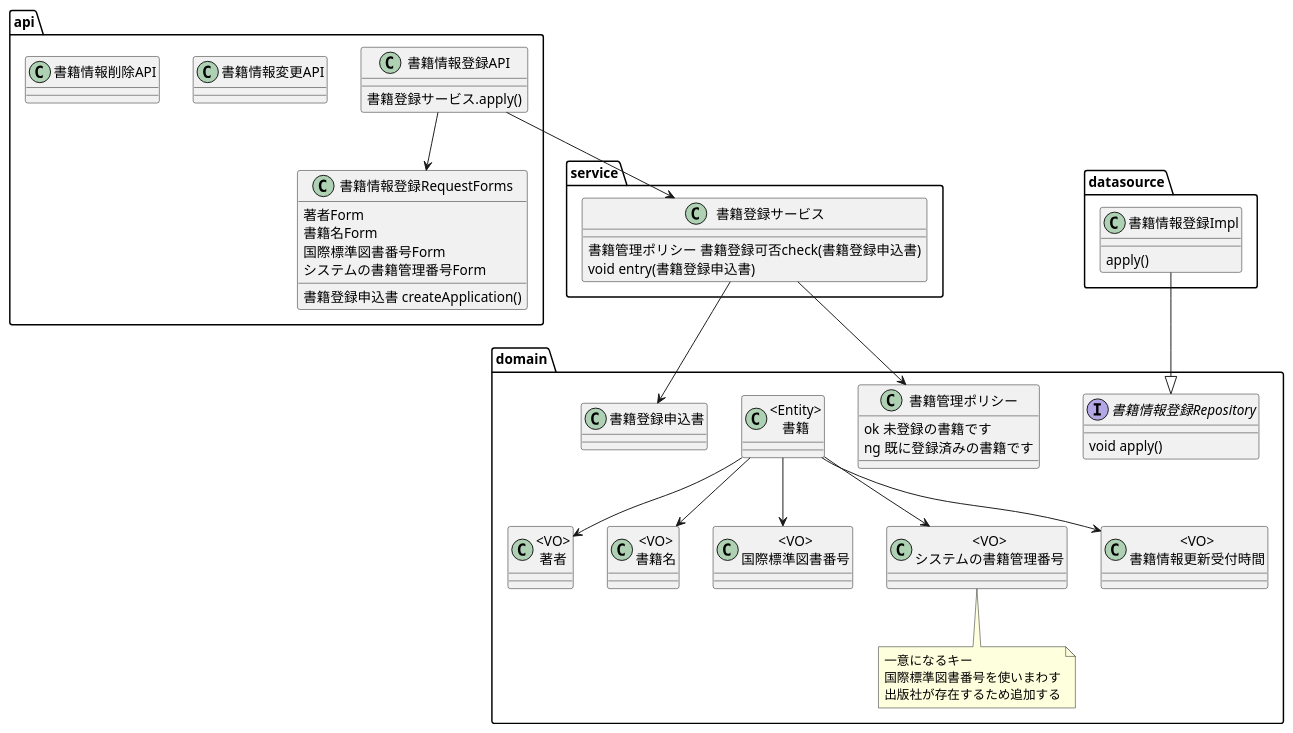
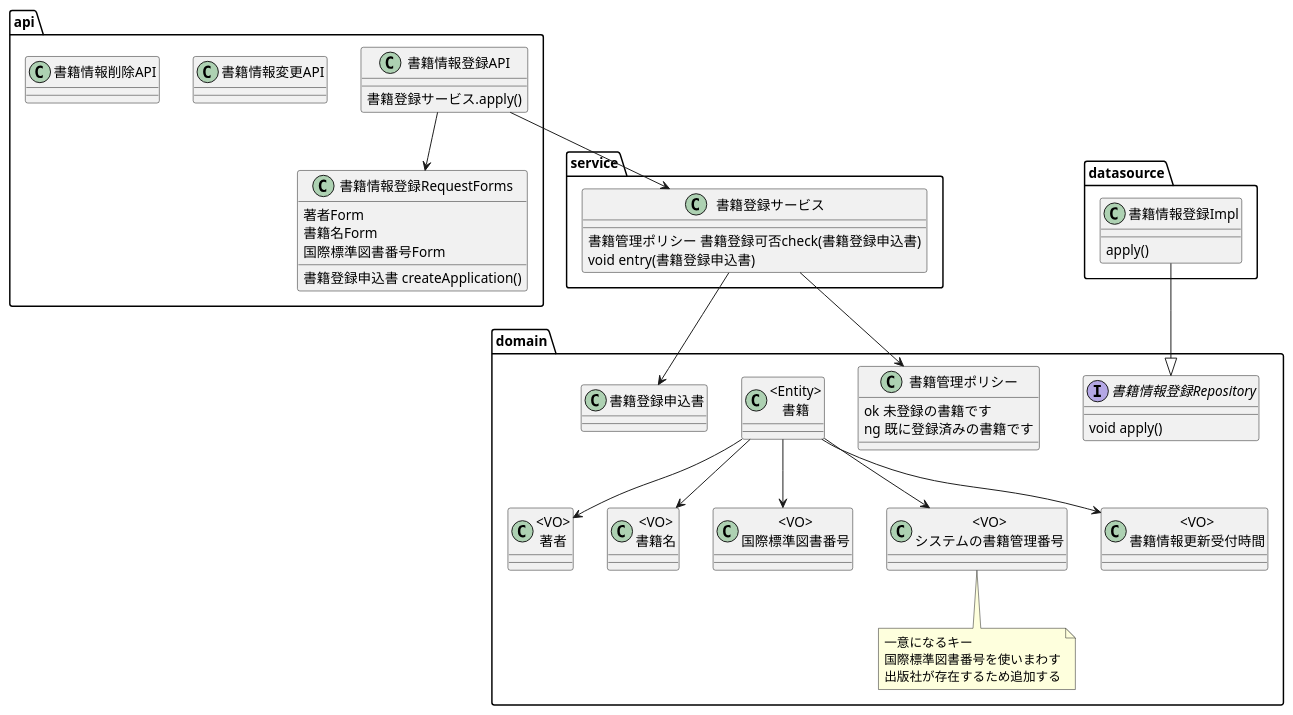
One commit to ichinohe-r/book-management-system changed the diagram in document/model.puml. Above: the diagram before and after it, drawn with PlantUML.

Commit message:
モデルの誤りを修正

```diff
--- a/document/model.puml
+++ b/document/model.puml
@@ -1,91 +1,90 @@
 @startuml
 
 package api{
     class 書籍情報登録API{
         書籍登録サービス.apply()
     }
 
     class 書籍情報登録RequestForms{
         著者Form
         書籍名Form
         国際標準図書番号Form
-        システムの書籍管理番号Form
 
         書籍登録申込書 createApplication()
     }
 
     class 書籍情報変更API{
     }
 
     class 書籍情報削除API{
     }
 }
 
 package service{
     class 書籍登録サービス{
         書籍管理ポリシー 書籍登録可否check(書籍登録申込書)
         void entry(書籍登録申込書)
     }
 }
 
 
 package domain{
 
     class 書籍登録申込書{
     }
 
     class 書籍管理ポリシー {
         ok 未登録の書籍です
         ng 既に登録済みの書籍です
     }
 
     class "<Entity>\n書籍" as 書籍{
     }
 
     class "<VO>\n著者" as 著者{
     }
 
     class "<VO>\n書籍名" as 書籍名{
     }
 
     class "<VO>\n国際標準図書番号" as 国際標準図書番号{
     }
 
     class "<VO>\nシステムの書籍管理番号" as システムの書籍管理番号{
     }
     note bottom
     一意になるキー
     国際標準図書番号を使いまわす
     出版社が存在するため追加する
     end note
 
     class "<VO>\n書籍情報更新受付時間" as 書籍情報更新受付時間{
     }
 
     interface 書籍情報登録Repository{
         void apply()
     }
 }
 
 
 package datasource{
 
     class 書籍情報登録Impl{
         apply()
     }
 }
 
 
 書籍 --> 著者
 書籍 --> 書籍名
 書籍 --> 国際標準図書番号
 書籍 --> システムの書籍管理番号
 書籍 --> 書籍情報更新受付時間
 
 書籍情報登録API --> 書籍登録サービス
 書籍登録サービス --> 書籍登録申込書
 
 書籍情報登録API --> 書籍情報登録RequestForms
 書籍情報登録Impl --|> 書籍情報登録Repository
 書籍登録サービス --> 書籍管理ポリシー
 @enduml
```
